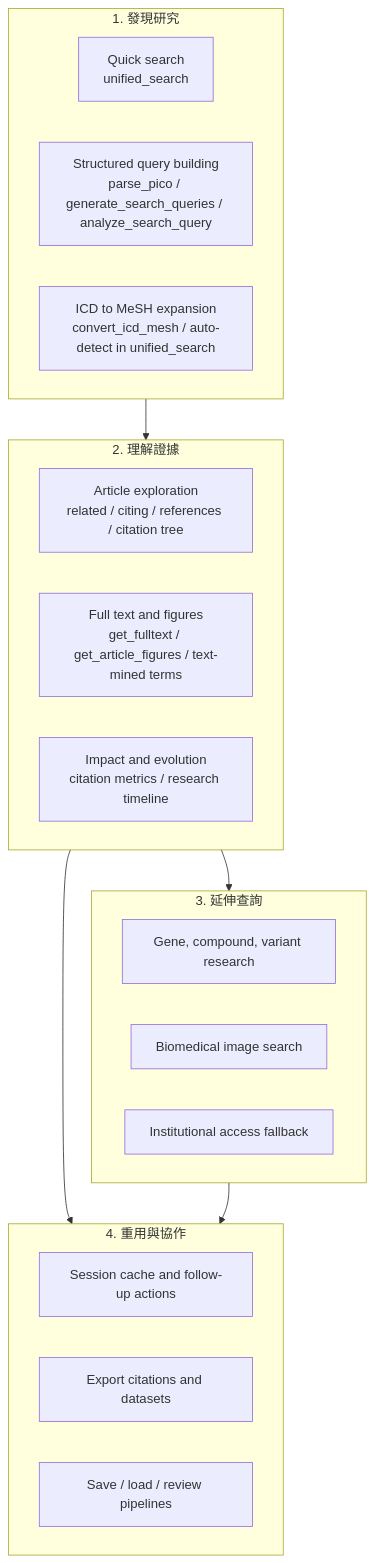
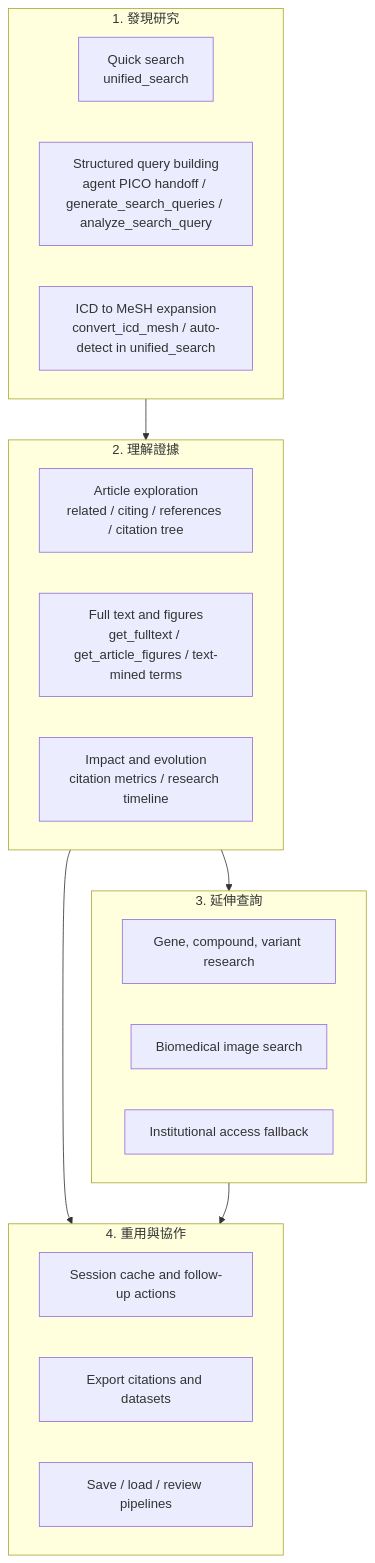
The second of 11 diagrams in ARCHITECTURE.md (u9401066/pubmed-search-mcp), drawn with Mermaid before and after one commit. The commit also changed other lines of this file and 39 other files, not shown here.

````diff
--- a/ARCHITECTURE.md
+++ b/ARCHITECTURE.md
@@ -57,31 +57,31 @@
 ```mermaid
 flowchart TB
   subgraph Discover[1. 發現研究]
     D1[Quick search<br/>unified_search]
-    D2[Structured query building<br/>parse_pico / generate_search_queries / analyze_search_query]
+    D2[Structured query building<br/>agent PICO handoff / generate_search_queries / analyze_search_query]
     D3[ICD to MeSH expansion<br/>convert_icd_mesh / auto-detect in unified_search]
   end
 
   subgraph Understand[2. 理解證據]
     U1[Article exploration<br/>related / citing / references / citation tree]
     U2[Full text and figures<br/>get_fulltext / get_article_figures / text-mined terms]
     U3[Impact and evolution<br/>citation metrics / research timeline]
   end
 
   subgraph Specialize[3. 延伸查詢]
     S1[Gene, compound, variant research]
     S2[Biomedical image search]
     S3[Institutional access fallback]
   end
 
   subgraph Reuse[4. 重用與協作]
     R1[Session cache and follow-up actions]
     R2[Export citations and datasets]
     R3[Save / load / review pipelines]
   end
 
   Discover --> Understand
   Understand --> Specialize
   Understand --> Reuse
   Specialize --> Reuse
 ```
````
